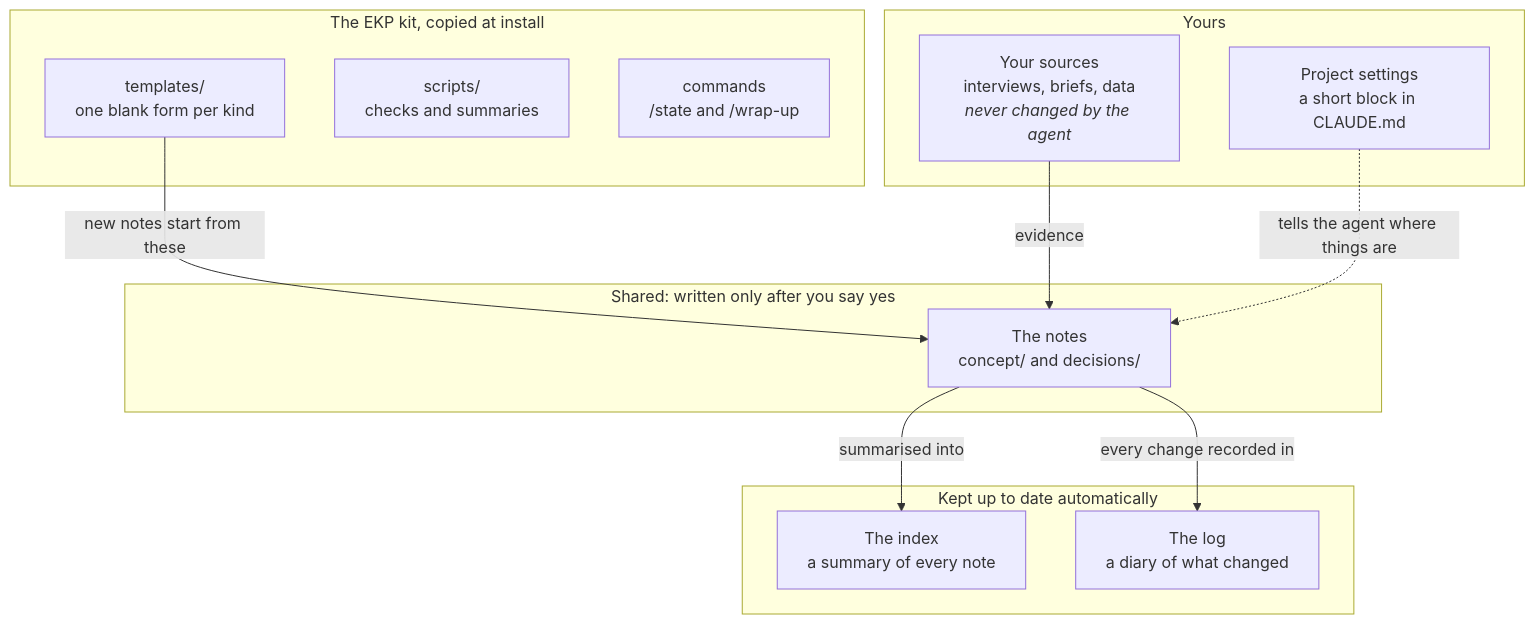
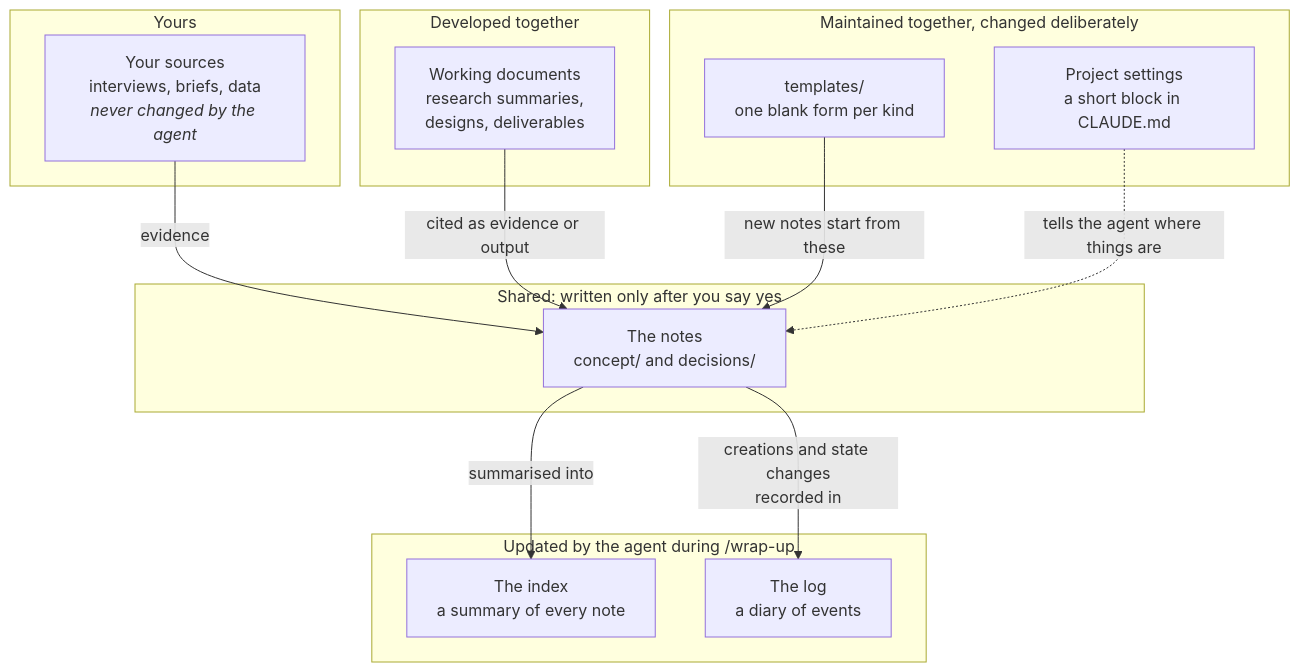
The first of 4 diagrams in docs/how-it-works.md (AhUhmm/epistemic-knowledge-profile), drawn with Mermaid before and after one commit. The commit also changed other lines of this file, not shown here.

First line of the commit message:
docs/how-it-works: correct what the page claims

````diff
--- a/docs/how-it-works.md
+++ b/docs/how-it-works.md
@@ -40,24 +40,26 @@
 ```mermaid
 flowchart TB
     subgraph YOU["Yours"]
         SRC["Your sources<br/>interviews, briefs, data<br/><i>never changed by the agent</i>"]
-        CFG["Project settings<br/>a short block in CLAUDE.md"]
+    end
+    subgraph WORK["Developed together"]
+        DOCS["Working documents<br/>research summaries,<br/>designs, deliverables"]
     end
     subgraph SHARED["Shared: written only after you say yes"]
         NOTES["The notes<br/>concept/ and decisions/"]
     end
-    subgraph AUTO["Kept up to date automatically"]
+    subgraph SCHEMA["Maintained together, changed deliberately"]
+        CFG["Project settings<br/>a short block in CLAUDE.md"]
+        TPL["templates/<br/>one blank form per kind"]
+    end
+    subgraph AUTO["Updated by the agent during /wrap-up"]
         IDX["The index<br/>a summary of every note"]
-        LOG["The log<br/>a diary of what changed"]
-    end
-    subgraph KIT["The EKP kit, copied at install"]
-        TPL["templates/<br/>one blank form per kind"]
-        SCR["scripts/<br/>checks and summaries"]
-        CMD["commands<br/>/state and /wrap-up"]
+        LOG["The log<br/>a diary of events"]
     end
     SRC -- "evidence" --> NOTES
+    DOCS -- "cited as evidence or output" --> NOTES
     TPL -- "new notes start from these" --> NOTES
     NOTES -- "summarised into" --> IDX
-    NOTES -- "every change recorded in" --> LOG
+    NOTES -- "creations and state changes<br/>recorded in" --> LOG
     CFG -. "tells the agent where things are" .-> NOTES
 ```
````
